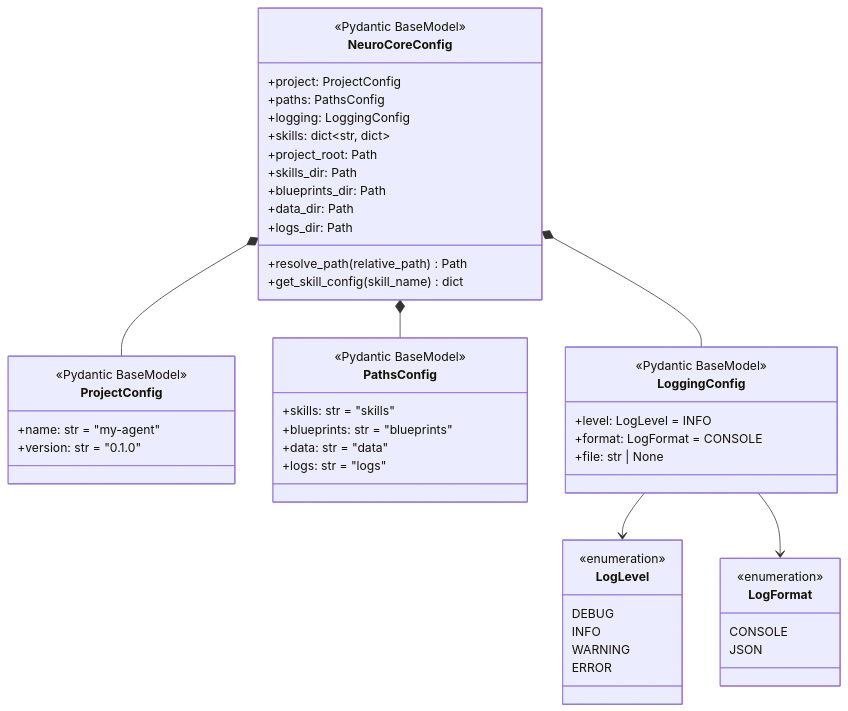
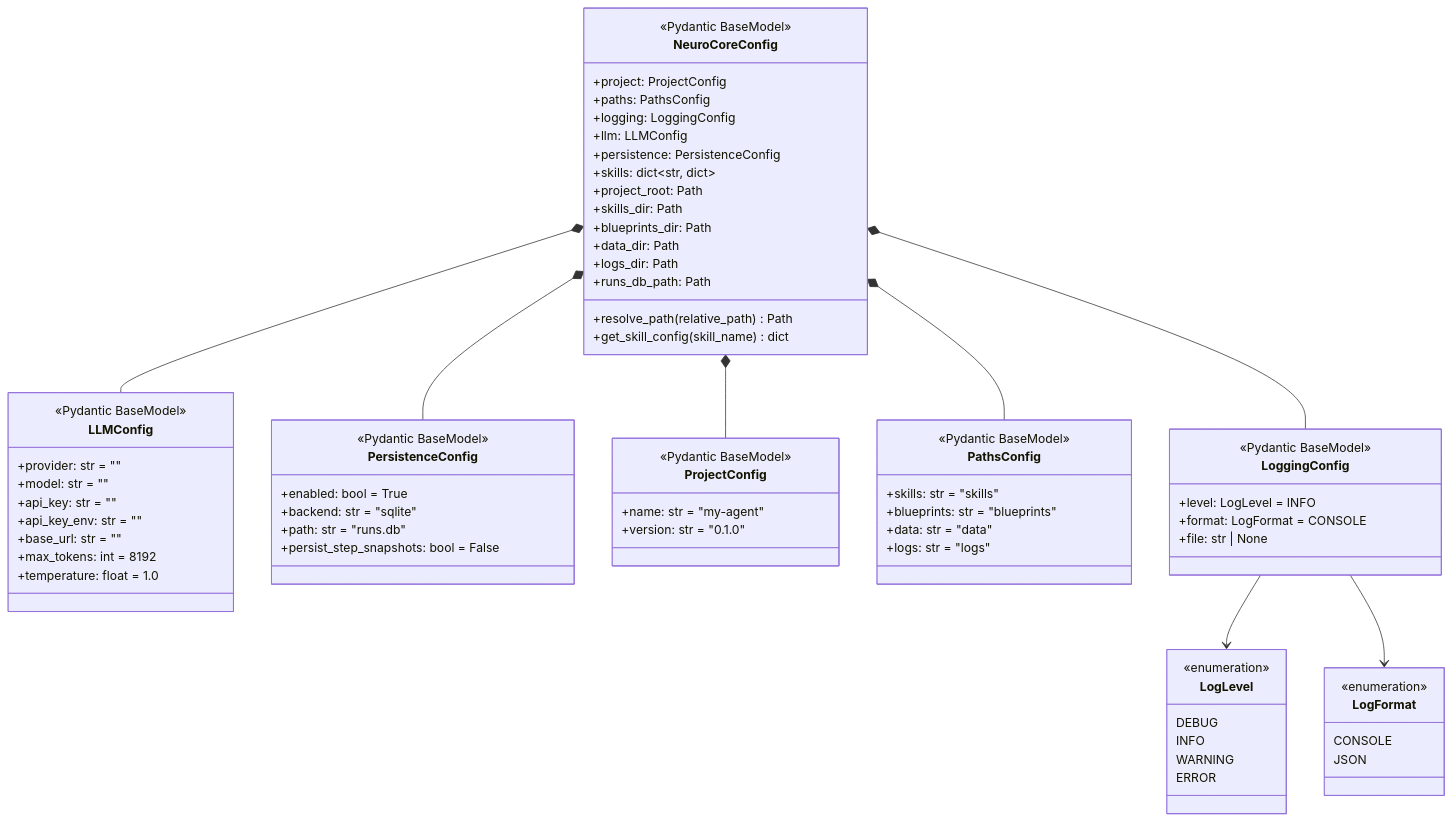
The sixth of 19 diagrams in ARCHITECTURE.md (alexh-scrt/neurocore), drawn with Mermaid before and after one commit. The commit also changed other lines of this file and 94 other files, not shown here.

````diff
--- a/ARCHITECTURE.md
+++ b/ARCHITECTURE.md
@@ -388,58 +396,82 @@
 ```mermaid
 classDiagram
     class NeuroCoreConfig {
         <<Pydantic BaseModel>>
         +project: ProjectConfig
         +paths: PathsConfig
         +logging: LoggingConfig
+        +llm: LLMConfig
+        +persistence: PersistenceConfig
         +skills: dict~str, dict~
         +project_root: Path
         +resolve_path(relative_path) Path
         +get_skill_config(skill_name) dict
         +skills_dir: Path
         +blueprints_dir: Path
         +data_dir: Path
         +logs_dir: Path
+        +runs_db_path: Path
+    }
+
+    class LLMConfig {
+        <<Pydantic BaseModel>>
+        +provider: str = ""
+        +model: str = ""
+        +api_key: str = ""
+        +api_key_env: str = ""
+        +base_url: str = ""
+        +max_tokens: int = 8192
+        +temperature: float = 1.0
+    }
+
+    class PersistenceConfig {
+        <<Pydantic BaseModel>>
+        +enabled: bool = True
+        +backend: str = "sqlite"
+        +path: str = "runs.db"
+        +persist_step_snapshots: bool = False
     }
 
     class ProjectConfig {
         <<Pydantic BaseModel>>
         +name: str = "my-agent"
         +version: str = "0.1.0"
     }
 
     class PathsConfig {
         <<Pydantic BaseModel>>
         +skills: str = "skills"
         +blueprints: str = "blueprints"
         +data: str = "data"
         +logs: str = "logs"
     }
 
     class LoggingConfig {
         <<Pydantic BaseModel>>
         +level: LogLevel = INFO
         +format: LogFormat = CONSOLE
         +file: str | None
     }
 
     class LogLevel {
         <<enumeration>>
         DEBUG
         INFO
         WARNING
         ERROR
     }
 
     class LogFormat {
         <<enumeration>>
         CONSOLE
         JSON
     }
 
     NeuroCoreConfig *-- ProjectConfig
     NeuroCoreConfig *-- PathsConfig
     NeuroCoreConfig *-- LoggingConfig
+    NeuroCoreConfig *-- LLMConfig
+    NeuroCoreConfig *-- PersistenceConfig
     LoggingConfig --> LogLevel
     LoggingConfig --> LogFormat
 ```
````
